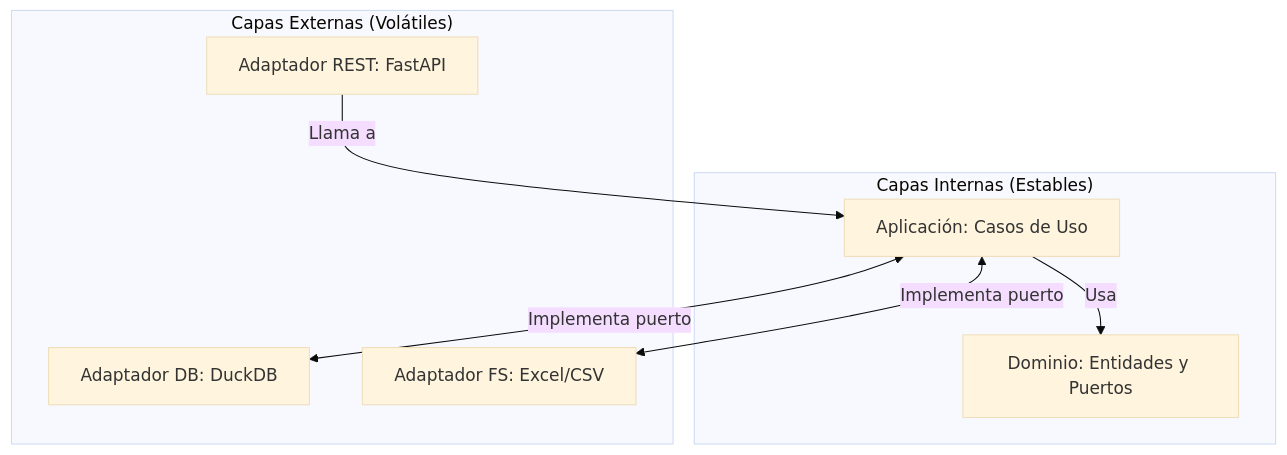
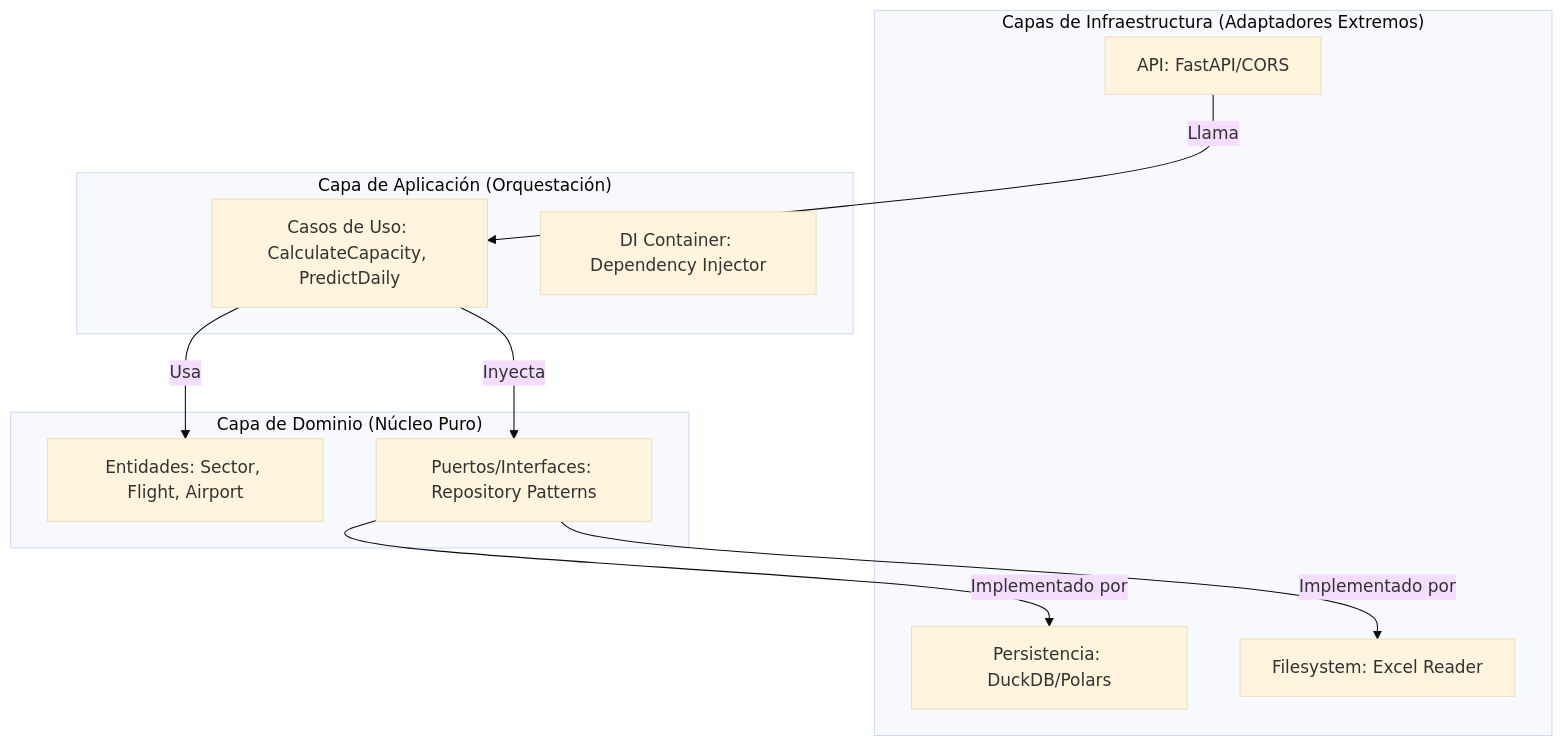
Before and after one commit to ivmafo/tsis_umb_data_science: the diagram in docs/architecture.md, drawn with Mermaid (base theme). The commit also changed other lines of this file, not shown here.

Commit message:
docs: expand architecture.md to extreme detail with Onion diagrams and DIP mapping

````diff
--- a/docs/architecture.md
+++ b/docs/architecture.md
@@ -77,18 +23,24 @@
 ```mermaid
 graph TD
-    subgraph "Capas Internas (Estables)"
-        Domain[Dominio: Entidades y Puertos]
-        Application[Aplicación: Casos de Uso]
+    subgraph "Capas de Infraestructura (Adaptadores Extremos)"
+        API[API: FastAPI/CORS]
+        DB[Persistencia: DuckDB/Polars]
+        FS[Filesystem: Excel Reader]
     end
 
-    subgraph "Capas Externas (Volátiles)"
-        REST[Adaptador REST: FastAPI]
-        DB[Adaptador DB: DuckDB]
-        Files[Adaptador FS: Excel/CSV]
+    subgraph "Capa de Aplicación (Orquestación)"
+        UC[Casos de Uso: CalculateCapacity, PredictDaily]
+        DI[DI Container: Dependency Injector]
     end
 
-    REST -- "Llama a" --> Application
-    Application -- "Usa" --> Domain
-    Application -- "Implementa puerto" <--> DB
-    Application -- "Implementa puerto" <--> Files
+    subgraph "Capa de Dominio (Núcleo Puro)"
+        ENT[Entidades: Sector, Flight, Airport]
+        PORTS[Puertos/Interfaces: Repository Patterns]
+    end
+
+    API -- Llama --> UC
+    UC -- Inyecta --> PORTS
+    PORTS -- Implementado por --> DB
+    PORTS -- Implementado por --> FS
+    UC -- Usa --> ENT
 ```
````
